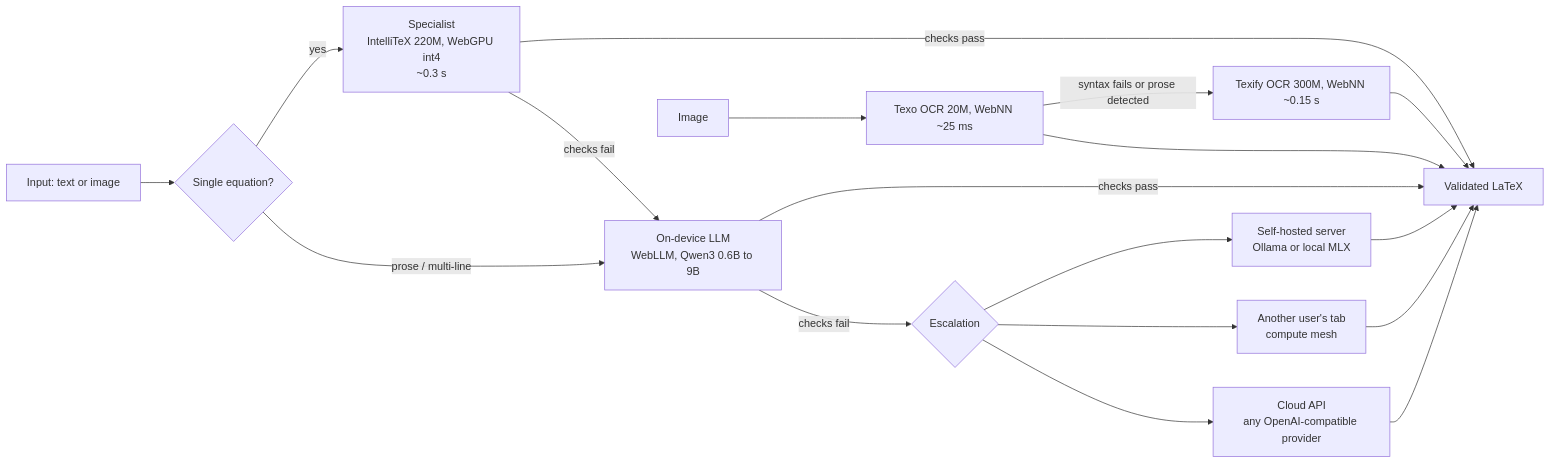
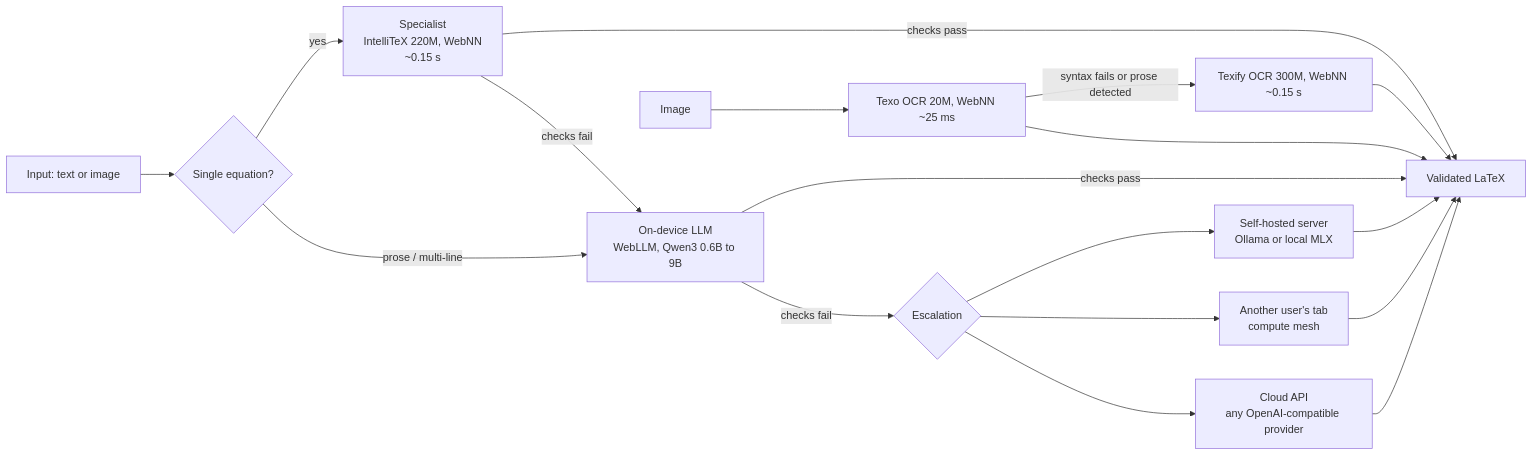
One commit to OlehZhyhinas/LatexGen changed the diagram in docs/architecture.md. Above: the diagram before and after it, drawn with Mermaid. The commit also changed other lines of this file and 27 other files, not shown here.

First line of the commit message:
IntelliTeX through the graph catalog's WebNN recipes: 0.45 s to ~141 ms.

````diff
--- a/docs/architecture.md
+++ b/docs/architecture.md
@@ -5,16 +5,16 @@
 ```mermaid
 flowchart LR
     A[Input: text or image] --> B{Single equation?}
-    B -- yes --> C[Specialist<br/>IntelliTeX 220M, WebGPU int4<br/>~0.3 s]
+    B -- yes --> C[Specialist<br/>IntelliTeX 220M, WebNN<br/>~0.15 s]
     B -- prose / multi-line --> D
     C -- checks pass --> Z[Validated LaTeX]
     C -- checks fail --> D[On-device LLM<br/>WebLLM, Qwen3 0.6B to 9B]
     D -- checks pass --> Z
     D -- checks fail --> E{Escalation}
     E --> F[Self-hosted server<br/>Ollama or local MLX]
     E --> G[Another user's tab<br/>compute mesh]
     E --> H[Cloud API<br/>any OpenAI-compatible provider]
     F & G & H --> Z
     A2[Image] --> I[Texo OCR 20M, WebNN ~25 ms] -- syntax fails or prose detected --> J[Texify OCR 300M, WebNN ~0.15 s]
     I & J --> Z
 ```
````
